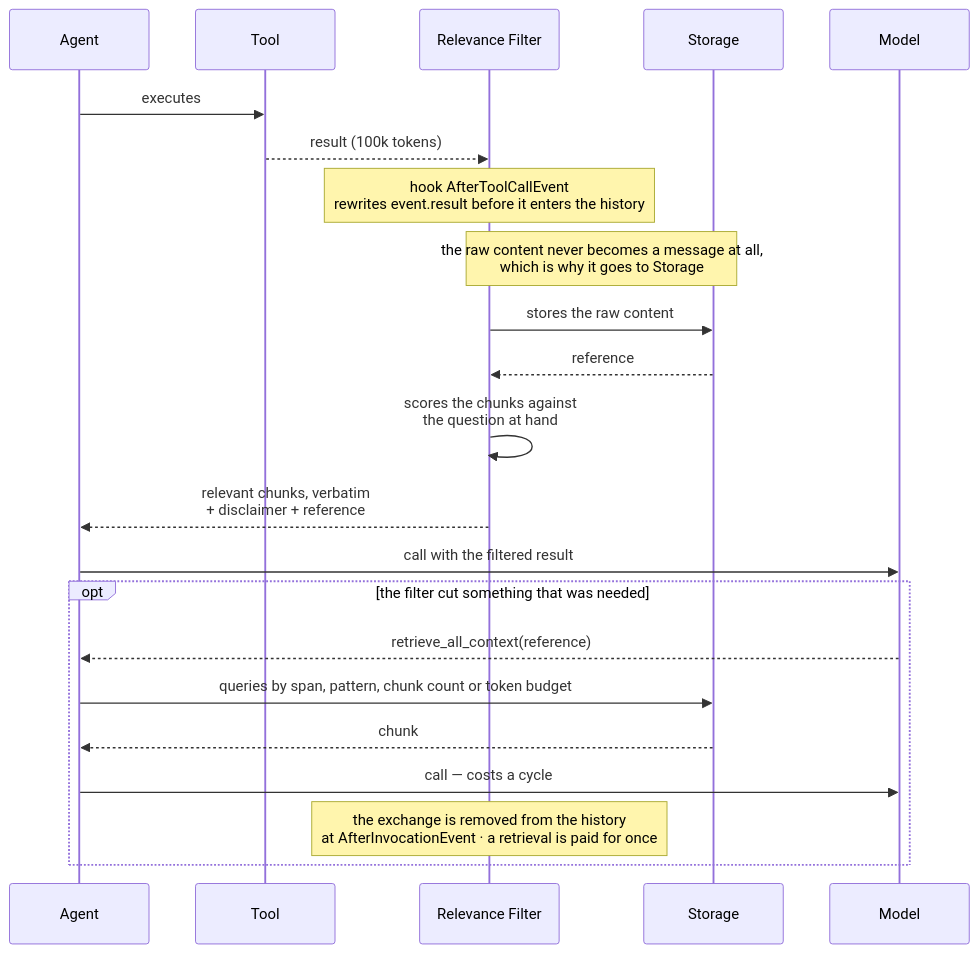
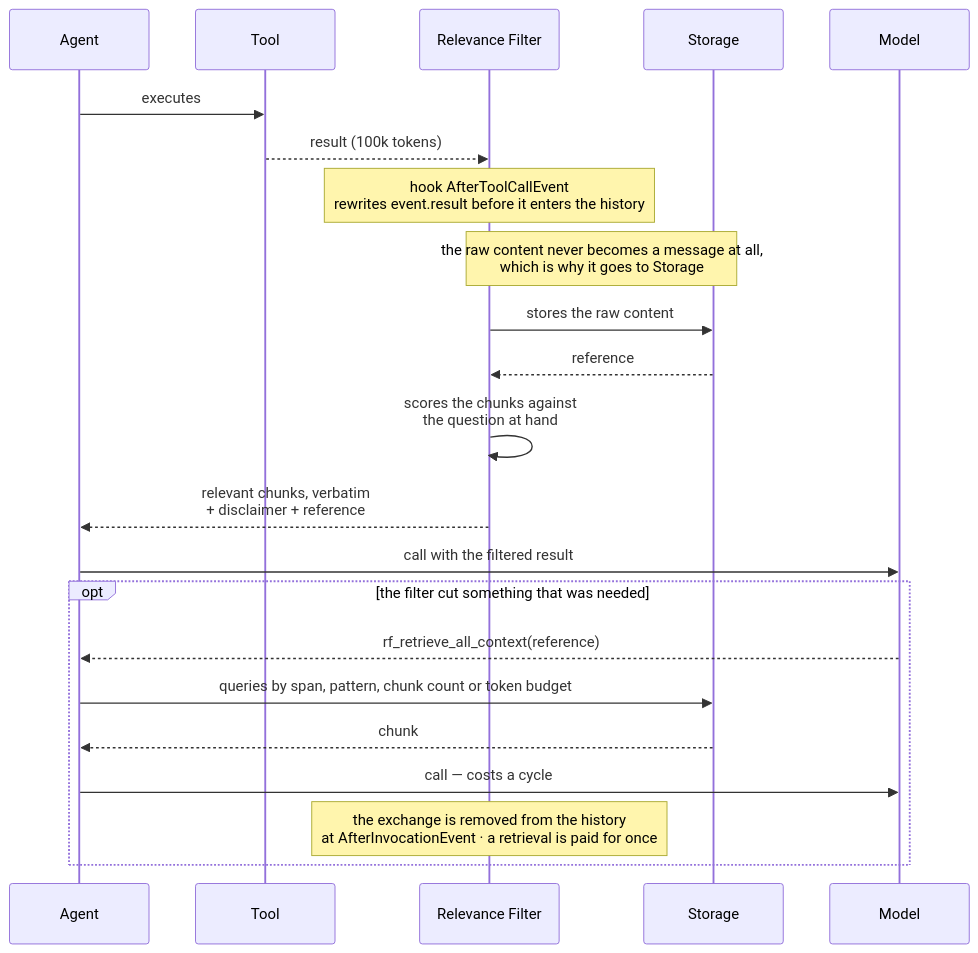
One commit to aws-samples/sample-context-engineering changed the first of 3 diagrams in docs/design/design.md. Above: the diagram before and after it, drawn with Mermaid. The commit also changed other lines of this file and 124 other files, not shown here.

````diff
--- a/docs/design/design.md
+++ b/docs/design/design.md
@@ -363,29 +363,29 @@
 ```mermaid
 sequenceDiagram
     participant AG as Agent
     participant T as Tool
     participant A as Relevance Filter
     participant S as Storage
     participant M as Model
 
     AG->>T: executes
     T-->>A: result (100k tokens)
 
     Note over A: hook AfterToolCallEvent<br/>rewrites event.result before it enters the history
     Note over A,S: the raw content never becomes a message at all,<br/>which is why it goes to Storage
 
     A->>S: stores the raw content
     S-->>A: reference
     A->>A: scores the chunks against<br/>the question at hand
     A-->>AG: relevant chunks, verbatim<br/>+ disclaimer + reference
 
     AG->>M: call with the filtered result
 
     opt the filter cut something that was needed
-        M-->>AG: retrieve_all_context(reference)
+        M-->>AG: rf_retrieve_all_context(reference)
         AG->>S: queries by span, pattern, chunk count or token budget
         S-->>AG: chunk
         AG->>M: call — costs a cycle
         Note over A: the exchange is removed from the history<br/>at AfterInvocationEvent · a retrieval is paid for once
     end
 ```
````
